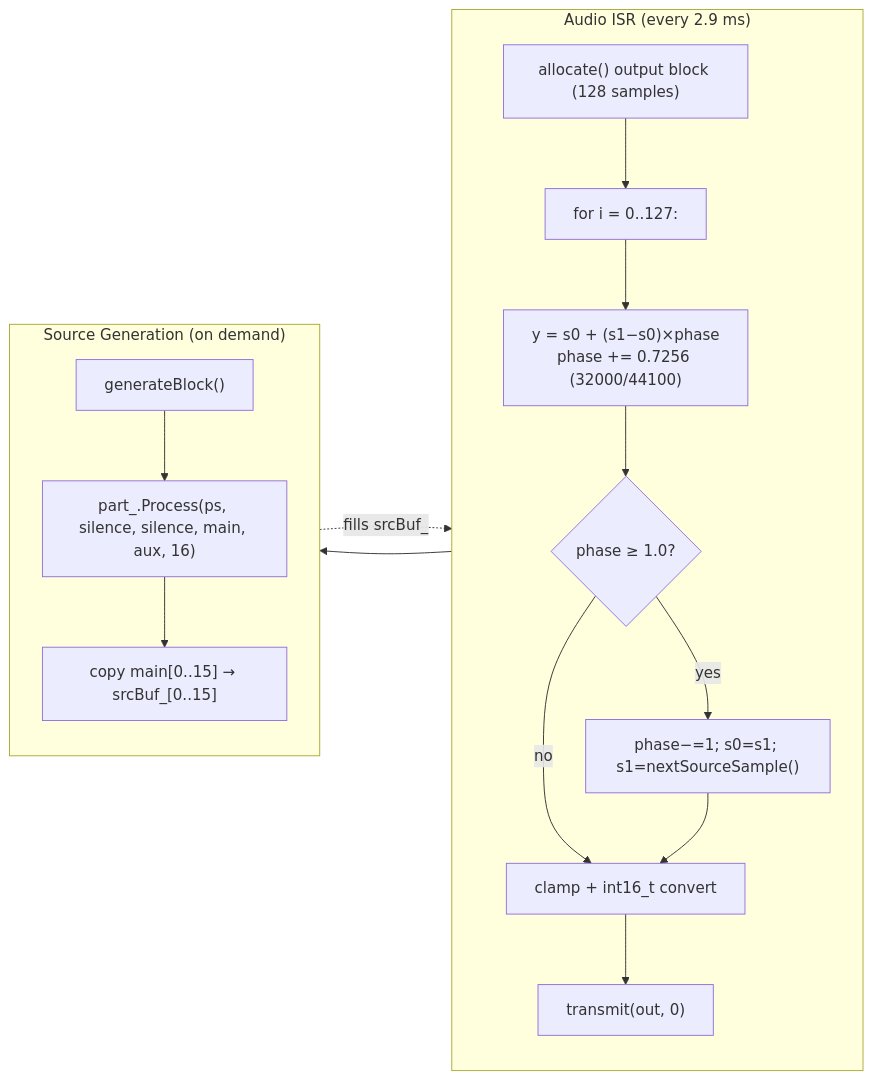
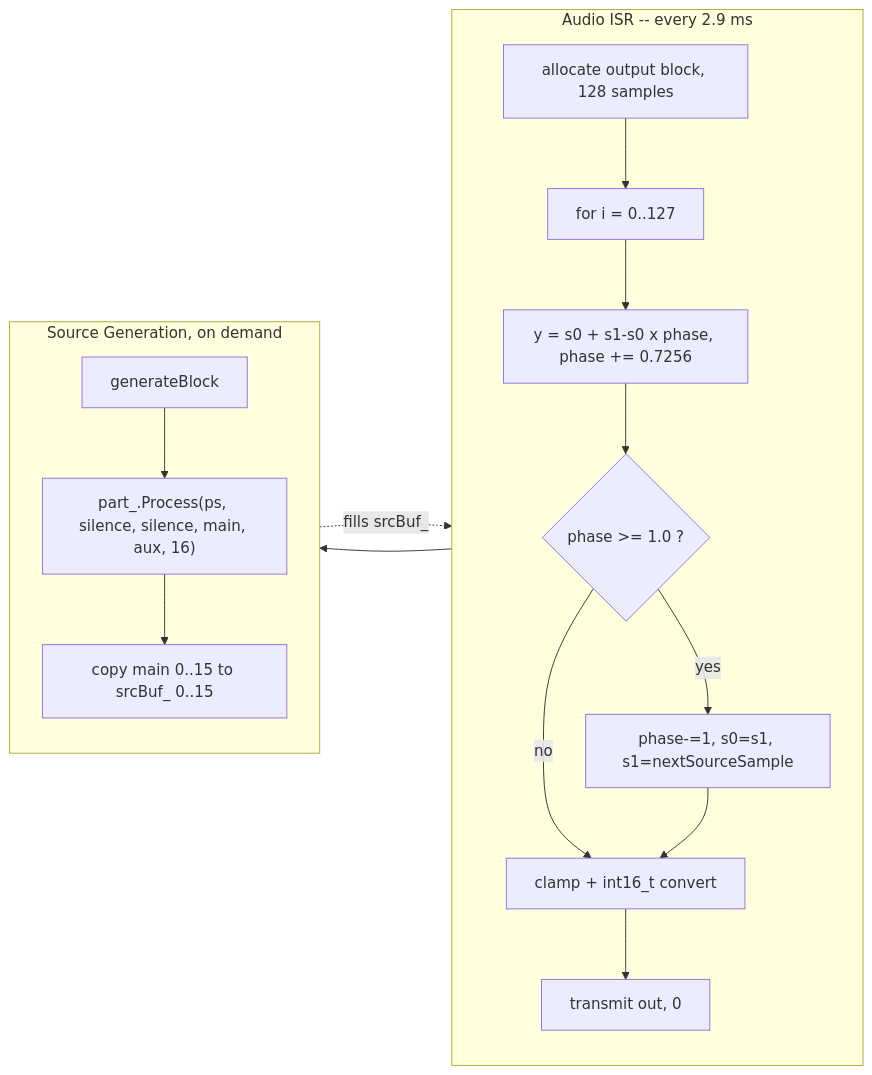
One commit to MarkWestbroek/MusicBrain changed the fifth of 8 diagrams in doc/elements/architecture.md. Above: the diagram before and after it, drawn with Mermaid. The commit also changed other lines of this file, not shown here.

````diff
--- a/doc/elements/architecture.md
+++ b/doc/elements/architecture.md
@@ -287,22 +287,22 @@
 ```mermaid
 flowchart LR
-    subgraph AudioISR["Audio ISR (every 2.9 ms)"]
+    subgraph AudioISR["Audio ISR -- every 2.9 ms"]
         direction TB
-        A["allocate() output block (128 samples)"] --> B
-        B["for i = 0..127:"] --> C
-        C["y = s0 + (s1−s0)×phase<br/>phase += 0.7256 (32000/44100)"] --> D
-        D{"phase ≥ 1.0?"} -->|yes| E["phase−=1; s0=s1; s1=nextSourceSample()"]
+        A["allocate output block, 128 samples"] --> B
+        B["for i = 0..127"] --> C
+        C["y = s0 + s1-s0 x phase, phase += 0.7256"] --> D
+        D{"phase >= 1.0 ?"} -->|yes| E["phase-=1, s0=s1, s1=nextSourceSample"]
         D -->|no| F["clamp + int16_t convert"]
         E --> F
-        F --> G["transmit(out, 0)"]
+        F --> G["transmit out, 0"]
     end
 
-    subgraph SourceGen["Source Generation (on demand)"]
+    subgraph SourceGen["Source Generation, on demand"]
         direction TB
-        H["generateBlock()"] --> I["part_.Process(ps, silence, silence, main, aux, 16)"]
-        I --> J["copy main[0..15] → srcBuf_[0..15]"]
+        H["generateBlock"] --> I["part_.Process(ps, silence, silence, main, aux, 16)"]
+        I --> J["copy main 0..15 to srcBuf_ 0..15"]
     end
 
     E --> H
     J -.->|fills srcBuf_| E
 ```
````
